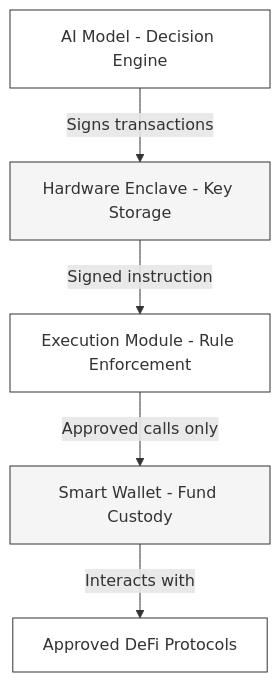
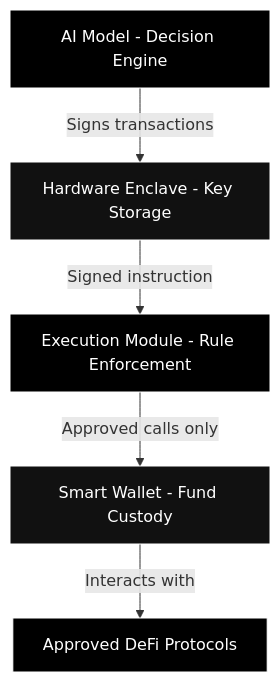
One commit to TRECC-eth/docs changed the first of 2 diagrams in concepts/ai-agents.mdx. Above: the diagram before and after it, drawn with Mermaid. The commit also changed other lines of this file and 12 other files, not shown here.

Commit message:
changed diagram colours

````diff
--- a/concepts/ai-agents.mdx
+++ b/concepts/ai-agents.mdx
@@ -17,13 +17,13 @@
 ```mermaid
 graph TD
     AI[AI Model - Decision Engine] -->|Signs transactions| ENCLAVE[Hardware Enclave - Key Storage]
     ENCLAVE -->|Signed instruction| MODULE[Execution Module - Rule Enforcement]
     MODULE -->|Approved calls only| SAFE[Smart Wallet - Fund Custody]
     SAFE -->|Interacts with| PROTOCOLS[Approved DeFi Protocols]
 
-    style AI fill:#ffffff,stroke:#333333
-    style ENCLAVE fill:#f5f5f5,stroke:#333333
-    style MODULE fill:#ffffff,stroke:#333333
-    style SAFE fill:#f5f5f5,stroke:#333333
-    style PROTOCOLS fill:#ffffff,stroke:#333333
+    style AI fill:#000000,stroke:#ffffff,color:#ffffff
+    style ENCLAVE fill:#111111,stroke:#ffffff,color:#ffffff
+    style MODULE fill:#000000,stroke:#ffffff,color:#ffffff
+    style SAFE fill:#111111,stroke:#ffffff,color:#ffffff
+    style PROTOCOLS fill:#000000,stroke:#ffffff,color:#ffffff
 ```
````
